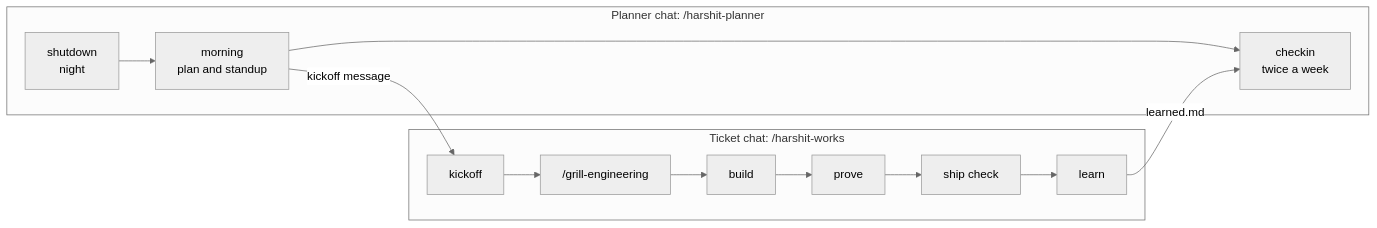
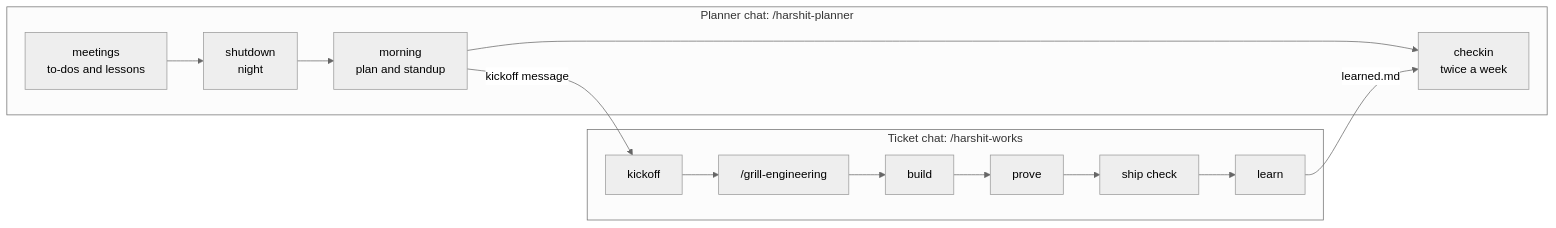
Before and after one commit to hrshtdotme/skills: the diagram in README.md, drawn with Mermaid (neutral theme). The commit also changed other lines of this file and 7 other files, not shown here.

Commit message:
Add meetings mode to harshit-planner; shutdown processes meetings first

````diff
--- a/README.md
+++ b/README.md
@@ -28,13 +28,14 @@
 ```mermaid
 flowchart LR
   subgraph Day["Planner chat: /harshit-planner"]
-    S[shutdown<br/>night] --> M[morning<br/>plan and standup]
+    Q[meetings<br/>to-dos and lessons] --> S[shutdown<br/>night]
+    S --> M[morning<br/>plan and standup]
     M --> C[checkin<br/>twice a week]
   end
   M -- "kickoff message" --> W
   subgraph Ticket["Ticket chat: /harshit-works"]
     W[kickoff] --> G["/grill-engineering"]
     G --> B[build] --> P[prove] --> X[ship check] --> L[learn]
   end
   L -- "learned.md" --> C
 ```
````
